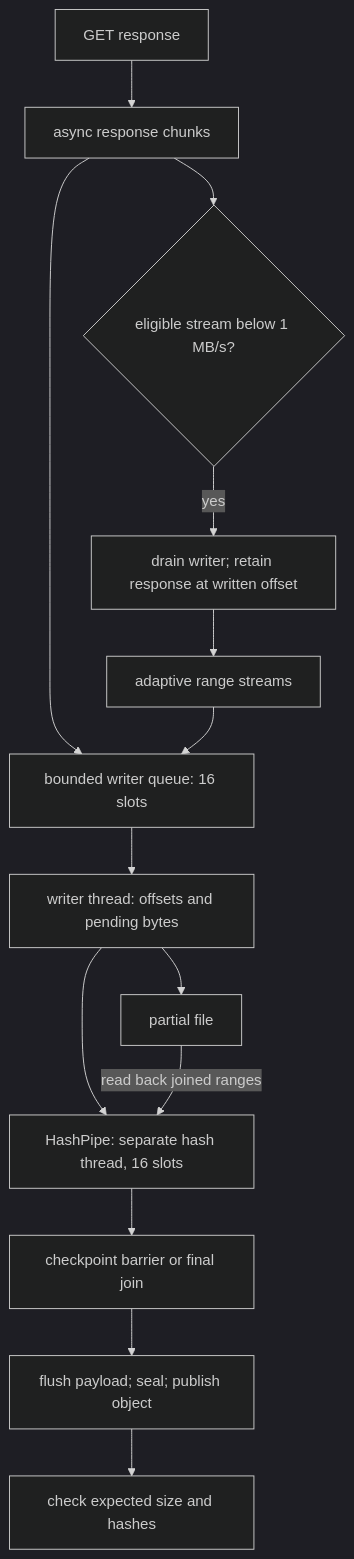
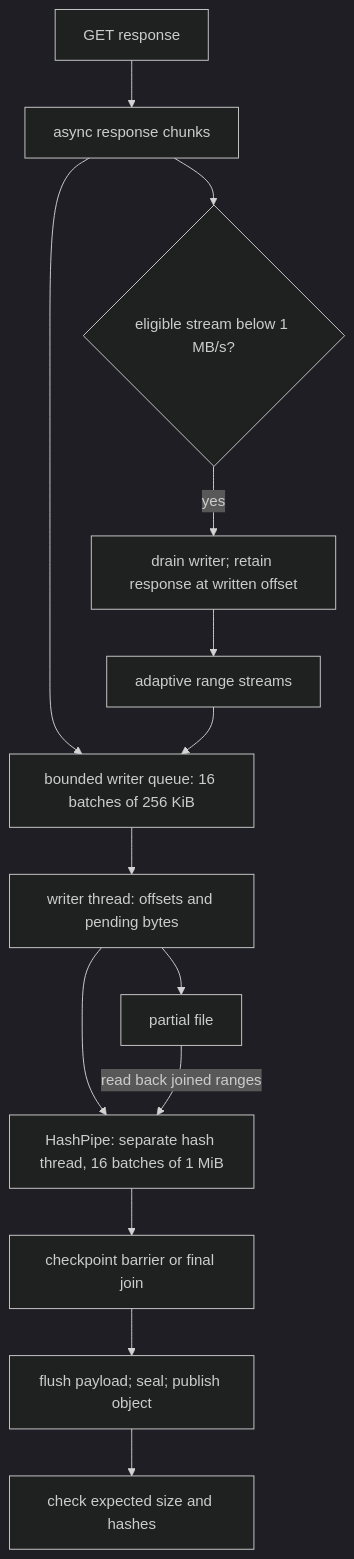
The diagram in docs/dev/architecture/network.md (nikhil-yn-aix/fetchloom), drawn with Mermaid (dark theme) before and after one commit. The commit also changed other lines of this file and 1 other file, not shown here.

Commit message:
record the batched handoff measurement

````diff
--- a/docs/dev/architecture/network.md
+++ b/docs/dev/architecture/network.md
@@ -29,16 +29,16 @@
 ```mermaid
 flowchart TD
     request["GET response"] --> body["async response chunks"]
-    body --> queue["bounded writer queue: 16 slots"]
+    body --> queue["bounded writer queue: 16 batches of 256 KiB"]
     queue --> writer["writer thread: offsets and pending bytes"]
     writer --> disk["partial file"]
-    writer --> hash["HashPipe: separate hash thread, 16 slots"]
+    writer --> hash["HashPipe: separate hash thread, 16 batches of 1 MiB"]
     disk -->|"read back joined ranges"| hash
     body --> slow{"eligible stream below 1 MB/s?"}
     slow -->|yes| handover["drain writer; retain response at written offset"]
     handover --> split["adaptive range streams"]
     split --> queue
     hash --> barrier["checkpoint barrier or final join"]
     barrier --> finish["flush payload; seal; publish object"]
     finish --> check["check expected size and hashes"]
 ```
````
